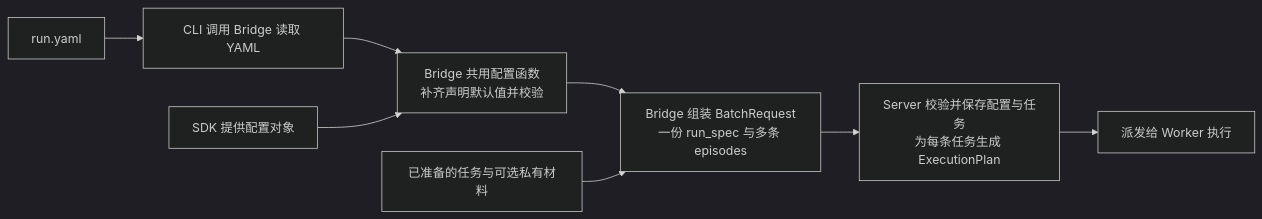
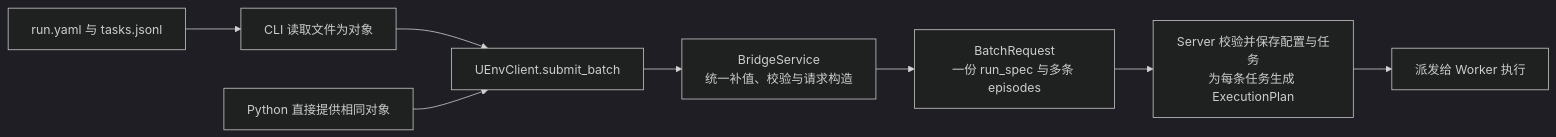
The diagram in docs/guides/user_guide.md (audreyyan1015/uenv_design), drawn with Mermaid (dark theme) before and after one commit. The commit also changed other lines of this file and 174 other files, not shown here.

````diff
--- a/docs/guides/user_guide.md
+++ b/docs/guides/user_guide.md
@@ -27,10 +29,10 @@
 ```mermaid
 flowchart LR
-  YAML[run.yaml] --> READ[CLI 调用 Bridge 读取 YAML]
-  READ --> NORMALIZE[Bridge 共用配置函数<br/>补齐声明默认值并校验]
-  SDK[SDK 提供配置对象] --> NORMALIZE
-  NORMALIZE --> BATCH[Bridge 组装 BatchRequest<br/>一份 run_spec 与多条 episodes]
-  TASK[已准备的任务与可选私有材料] --> BATCH
+  YAML[run.yaml 与 tasks.jsonl] --> READ[CLI 读取文件为对象]
+  READ --> CLIENT[UEnvClient.submit_batch]
+  SDK[Python 直接提供相同对象] --> CLIENT
+  CLIENT --> NORMALIZE[BridgeService<br/>统一补值、校验与请求构造]
+  NORMALIZE --> BATCH[BatchRequest<br/>一份 run_spec 与多条 episodes]
   BATCH --> SERVER[Server 校验并保存配置与任务<br/>为每条任务生成 ExecutionPlan]
   SERVER --> WORKER[派发给 Worker 执行]
 ```
````
